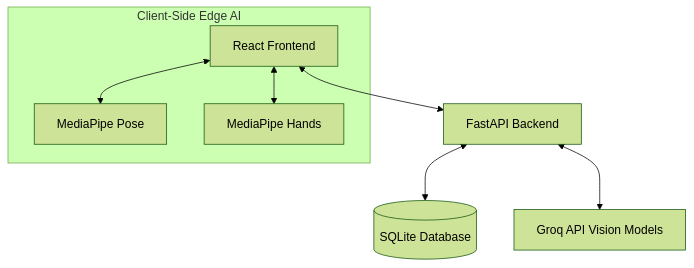
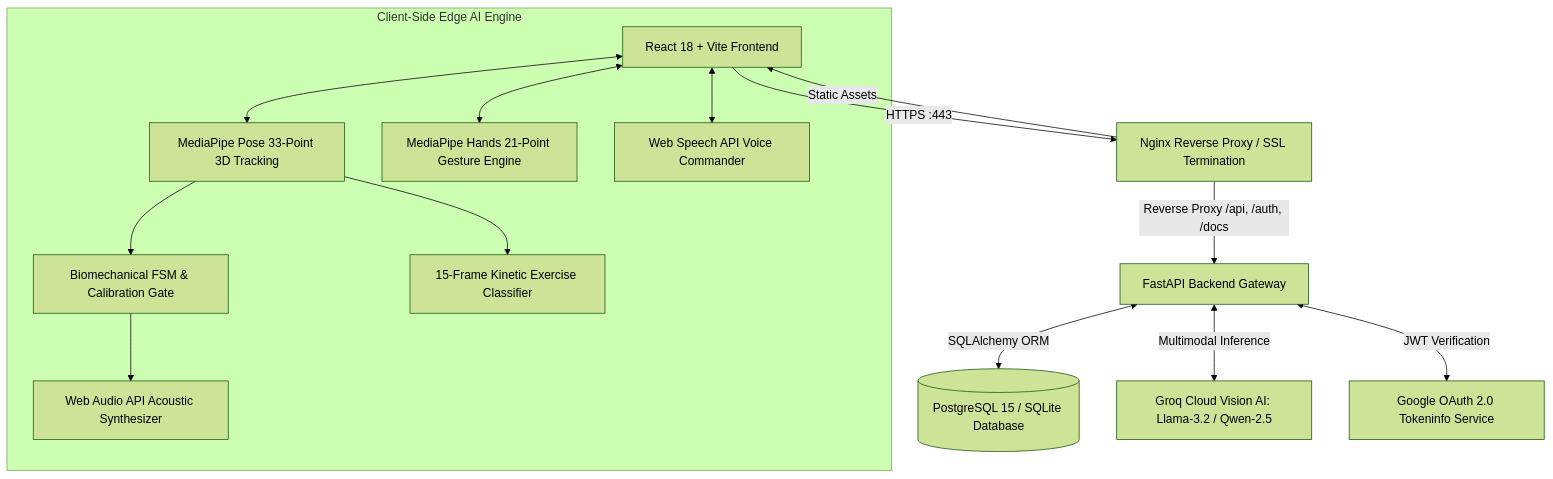
Before and after one commit to Suparna2005/FITTRACKER: the diagram in docs/Architecture.md, drawn with Mermaid (forest theme). The commit also changed other lines of this file and 10 other files, not shown here.

Commit message:
docs: update all project documentation with HTTPS, Google OAuth 2.0, and Precision AI Vision Biomechanical Engine

````diff
--- a/docs/Architecture.md
+++ b/docs/Architecture.md
@@ -10,11 +7,32 @@
 ```mermaid
 graph TD
-    Client[React Frontend] <--> API[FastAPI Backend]
-    API <--> DB[(SQLite Database)]
-    API <--> Groq[Groq API Vision Models]
-    
-    subgraph Client-Side Edge AI
-    Client <--> MP_Pose[MediaPipe Pose]
-    Client <--> MP_Hands[MediaPipe Hands]
+    Client[React 18 + Vite Frontend]
+    Nginx[Nginx Reverse Proxy / SSL Termination]
+    API[FastAPI Backend Gateway]
+    DB[(PostgreSQL 15 / SQLite Database)]
+    Groq[Groq Cloud Vision AI: Llama-3.2 / Qwen-2.5]
+    GoogleAuth[Google OAuth 2.0 Tokeninfo Service]
+
+    Client -->|HTTPS :443| Nginx
+    Nginx -->|Static Assets| Client
+    Nginx -->|Reverse Proxy /api, /auth, /docs| API
+    API <-->|SQLAlchemy ORM| DB
+    API <-->|Multimodal Inference| Groq
+    API <-->|JWT Verification| GoogleAuth
+
+    subgraph Client-Side Edge AI Engine
+        MP_Pose[MediaPipe Pose 33-Point 3D Tracking]
+        MP_Hands[MediaPipe Hands 21-Point Gesture Engine]
+        BiomechanicalFSM[Biomechanical FSM & Calibration Gate]
+        Classifier[15-Frame Kinetic Exercise Classifier]
+        AudioFX[Web Audio API Acoustic Synthesizer]
+        SpeechRec[Web Speech API Voice Commander]
+
+        Client <--> MP_Pose
+        Client <--> MP_Hands
+        MP_Pose --> BiomechanicalFSM
+        MP_Pose --> Classifier
+        BiomechanicalFSM --> AudioFX
+        Client <--> SpeechRec
     end
 ```
````
